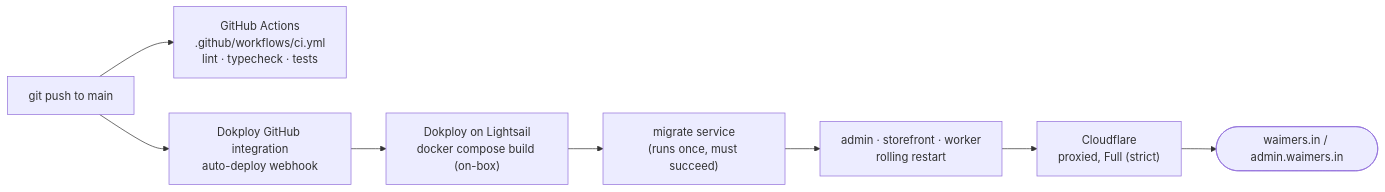
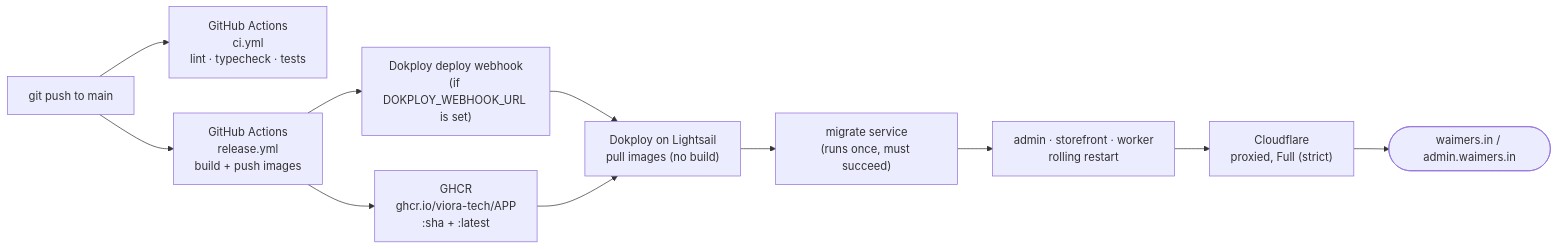
Before and after one commit to Viora-Tech/e-commerce: the diagram in apps/docs/content/developer-docs/operations/deployment.mdx, drawn with Mermaid. The commit also changed other lines of this file and 11 other files, not shown here.

First line of the commit message:
Build production images in GitHub Actions, Dokploy only pulls

````diff
--- a/apps/docs/content/developer-docs/operations/deployment.mdx
+++ b/apps/docs/content/developer-docs/operations/deployment.mdx
@@ -15,10 +15,13 @@
 ```mermaid
 flowchart LR
-  dev["git push to main"] --> ci["GitHub Actions<br/>.github/workflows/ci.yml<br/>lint · typecheck · tests"]
-  dev --> hook["Dokploy GitHub integration<br/>auto-deploy webhook"]
-  hook --> dokploy["Dokploy on Lightsail<br/>docker compose build (on-box)"]
+  dev["git push to main"] --> ci["GitHub Actions<br/>ci.yml<br/>lint · typecheck · tests"]
+  dev --> rel["GitHub Actions<br/>release.yml<br/>build + push images"]
+  rel --> ghcr["GHCR<br/>ghcr.io/viora-tech/APP<br/>:sha + :latest"]
+  rel --> hook["Dokploy deploy webhook<br/>(if DOKPLOY_WEBHOOK_URL is set)"]
+  hook --> dokploy["Dokploy on Lightsail<br/>pull images (no build)"]
+  ghcr --> dokploy
   dokploy --> migrate["migrate service<br/>(runs once, must succeed)"]
   migrate --> apps["admin · storefront · worker<br/>rolling restart"]
   apps --> cf["Cloudflare<br/>proxied, Full (strict)"]
   cf --> users(["waimers.in / admin.waimers.in"])
 ```
````
